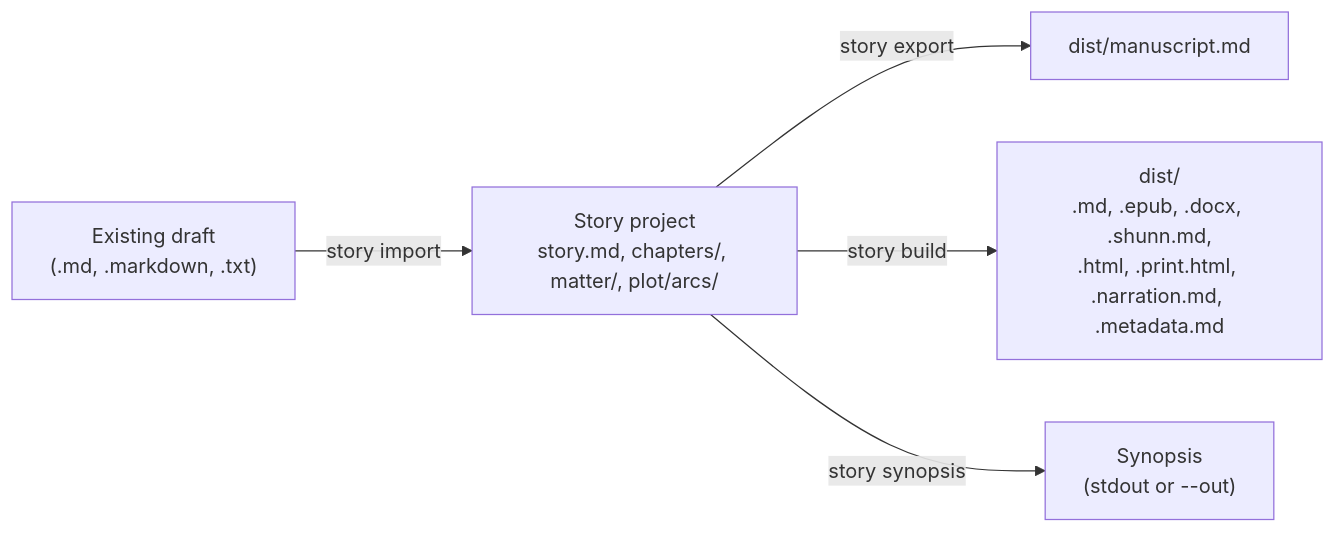
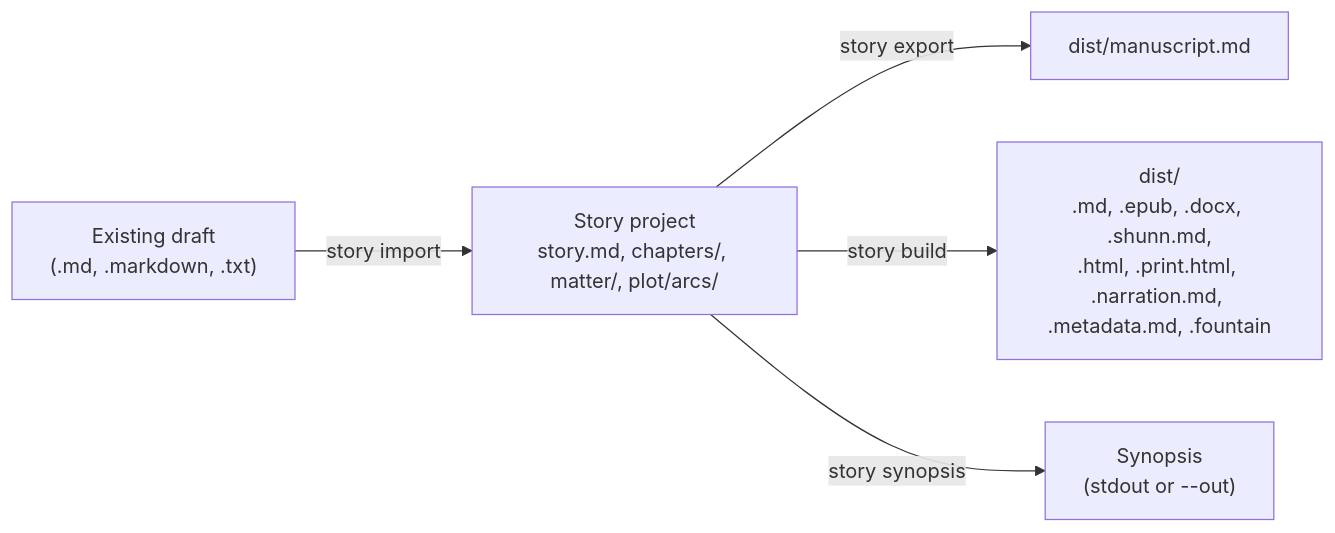
Before and after one commit to cateyephotos/story-skills: the diagram in docs/manuscripts.md, drawn with Mermaid. The commit also changed other lines of this file and 18 other files, not shown here.

First line of the commit message:
feat: add build --format fountain screenplay scene skeleton

````diff
--- a/docs/manuscripts.md
+++ b/docs/manuscripts.md
@@ -29,7 +29,7 @@
 ```mermaid
 flowchart LR
   draft["Existing draft<br/>(.md, .markdown, .txt)"] -->|story import| project["Story project<br/>story.md, chapters/, matter/, plot/arcs/"]
   project -->|story export| manuscript["dist/manuscript.md"]
-  project -->|story build| dist["dist/<br/>.md, .epub, .docx, .shunn.md,<br/>.html, .print.html, .narration.md, .metadata.md"]
+  project -->|story build| dist["dist/<br/>.md, .epub, .docx, .shunn.md,<br/>.html, .print.html, .narration.md, .metadata.md, .fountain"]
   project -->|story synopsis| synopsis["Synopsis<br/>(stdout or --out)"]
 ```
````
